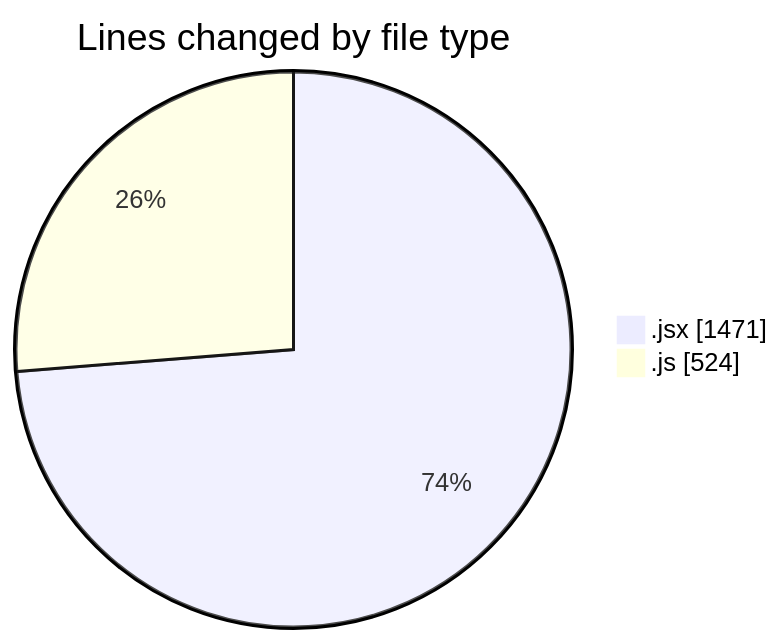
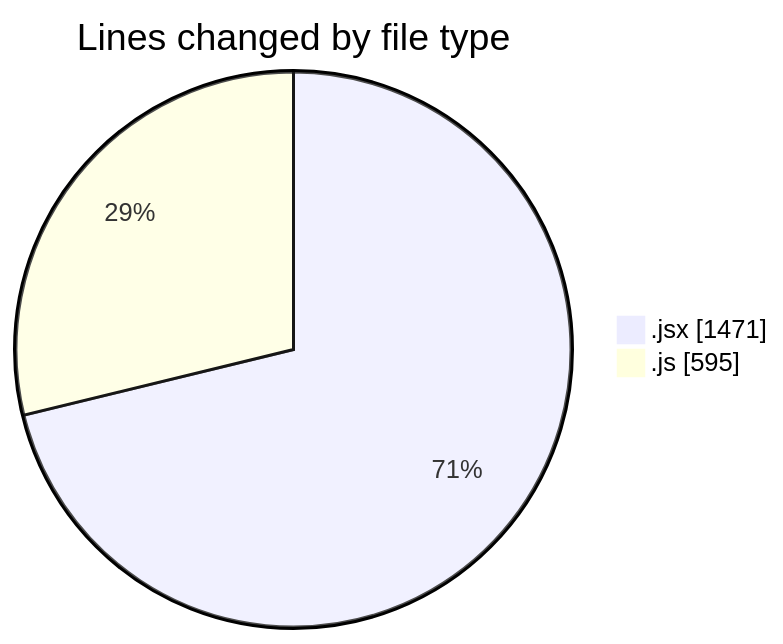
Before and after one commit to nxtqubesakshisongat/code-tracking: the first of 2 diagrams in 2025-06-30/argos/README.md, drawn with Mermaid. The commit also changed other lines of this file and 1 other file, not shown here.

````diff
--- a/2025-06-30/argos/README.md
+++ b/2025-06-30/argos/README.md
@@ -26,6 +27,6 @@
 ```mermaid
 pie showData
 title Lines changed by file type
 ".jsx" : 1471
-".js" : 524
+".js" : 595
 ```
````
